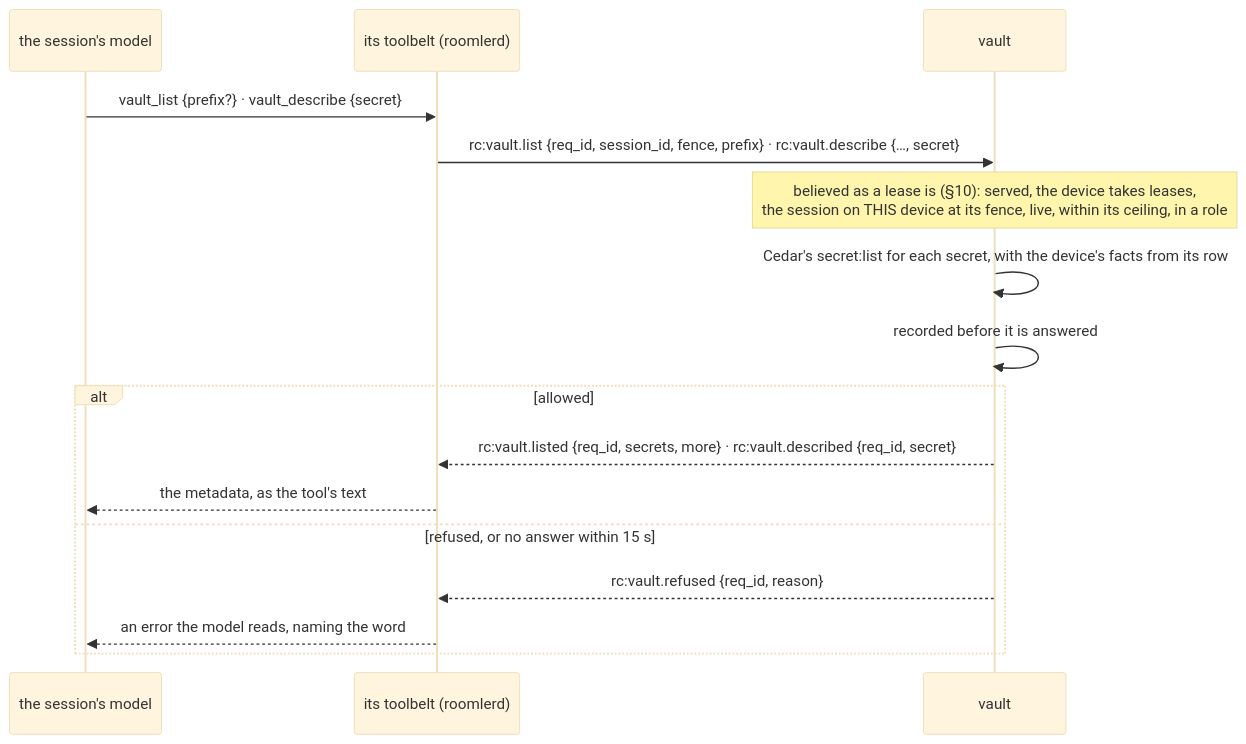
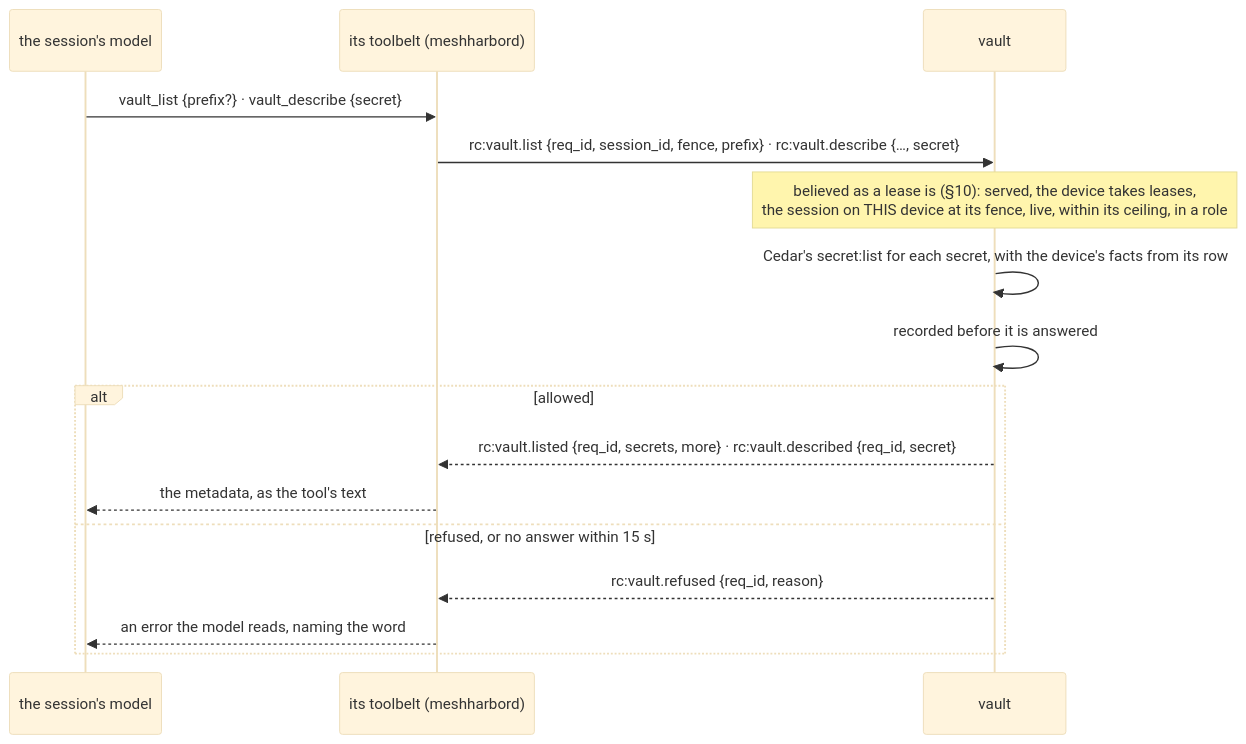
One commit to jk-zhang-meta/MeshHarbor changed the eighth of 31 diagrams in docs/vault.md. Above: the diagram before and after it, drawn with Mermaid (base theme). The commit also changed other lines of this file and 682 other files, not shown here.

````diff
--- a/docs/vault.md
+++ b/docs/vault.md
@@ -794,18 +794,18 @@
 ```mermaid
 sequenceDiagram
     participant M as the session's model
-    participant T as its toolbelt (roomlerd)
+    participant T as its toolbelt (meshharbord)
     participant V as vault
     M->>T: vault_list {prefix?} · vault_describe {secret}
     T->>V: rc:vault.list {req_id, session_id, fence, prefix} · rc:vault.describe {…, secret}
     Note over V: believed as a lease is (§10): served, the device takes leases,<br/>the session on THIS device at its fence, live, within its ceiling, in a role
     V->>V: Cedar's secret:list for each secret, with the device's facts from its row
     V->>V: recorded before it is answered
     alt allowed
         V-->>T: rc:vault.listed {req_id, secrets, more} · rc:vault.described {req_id, secret}
         T-->>M: the metadata, as the tool's text
     else refused, or no answer within 15 s
         V-->>T: rc:vault.refused {req_id, reason}
         T-->>M: an error the model reads, naming the word
     end
 ```
````
